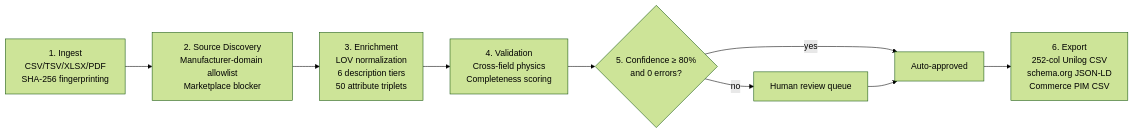
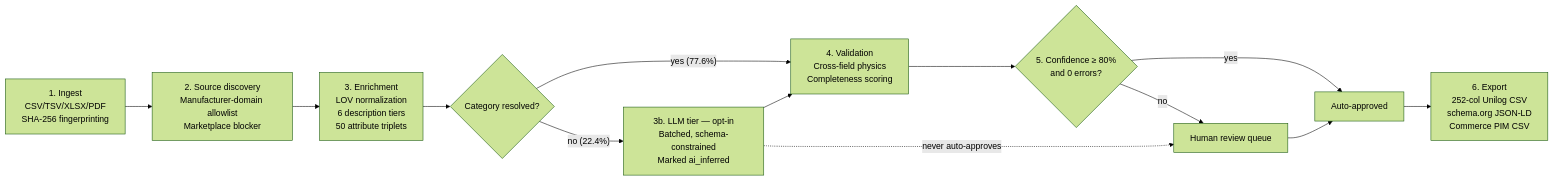
One commit to Yashasm18/specledger changed the diagram in README.md. Above: the diagram before and after it, drawn with Mermaid (forest theme). The commit also changed other lines of this file and 2 other files, not shown here.

````diff
--- a/README.md
+++ b/README.md
@@ -72,11 +93,15 @@
 ```mermaid
 flowchart LR
-    A["1. Ingest\nCSV/TSV/XLSX/PDF\nSHA-256 fingerprinting"] --> B["2. Source Discovery\nManufacturer-domain allowlist\nMarketplace blocker"]
+    A["1. Ingest\nCSV/TSV/XLSX/PDF\nSHA-256 fingerprinting"] --> B["2. Source discovery\nManufacturer-domain allowlist\nMarketplace blocker"]
     B --> C["3. Enrichment\nLOV normalization\n6 description tiers\n50 attribute triplets"]
-    C --> D["4. Validation\nCross-field physics\nCompleteness scoring"]
-    D --> E{"5. Confidence ≥ 80%\nand 0 errors?"}
-    E -- yes --> F["Auto-approved"]
-    E -- no --> G["Human review queue"]
-    G --> F
-    F --> H["6. Export\n252-col Unilog CSV\nschema.org JSON-LD\nCommerce PIM CSV"]
+    C --> D{"Category resolved?"}
+    D -- "yes (77.6%)" --> E["4. Validation\nCross-field physics\nCompleteness scoring"]
+    D -- "no (22.4%)" --> L["3b. LLM tier — opt-in\nBatched, schema-constrained\nMarked ai_inferred"]
+    L --> E
+    E --> F{"5. Confidence ≥ 80%\nand 0 errors?"}
+    F -- yes --> G["Auto-approved"]
+    F -- no --> H["Human review queue"]
+    L -.->|"never auto-approves"| H
+    H --> G
+    G --> I["6. Export\n252-col Unilog CSV\nschema.org JSON-LD\nCommerce PIM CSV"]
 ```
````
